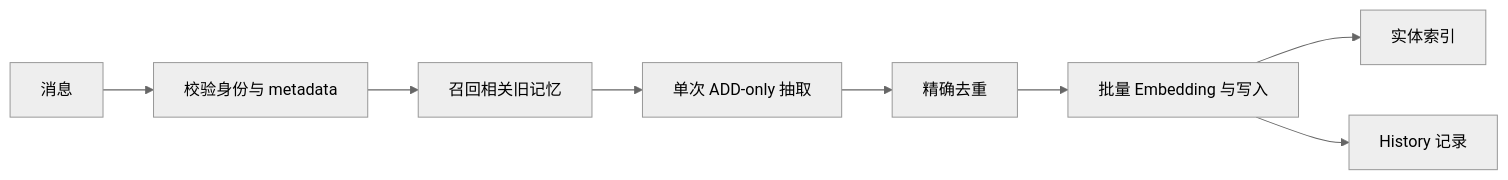
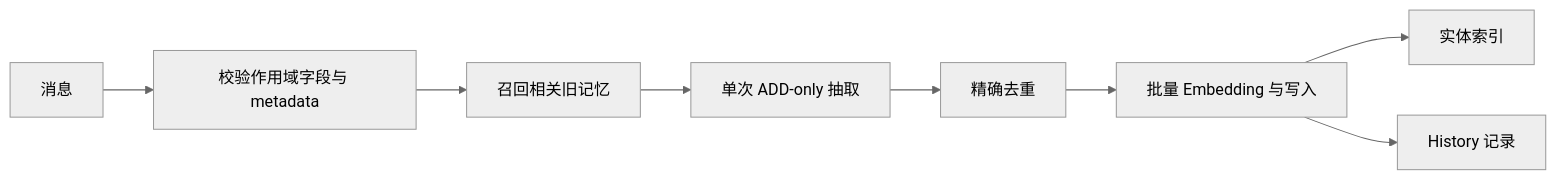
Before and after one commit to MarkingYang/aidea-lab: the second of 3 diagrams in src/content/writing/mem0-series-overview.md, drawn with Mermaid (neutral theme). The commit also changed other lines of this file and 106 other files, not shown here.

Commit message:
content: complete full editorial optimization and harness architecture guide

````diff
--- a/src/content/writing/mem0-series-overview.md
+++ b/src/content/writing/mem0-series-overview.md
@@ -48,10 +48,10 @@
 ```mermaid
 flowchart LR
-  A[消息] --> B[校验身份与 metadata]
+  A[消息] --> B[校验作用域字段与 metadata]
   B --> C[召回相关旧记忆]
   C --> D[单次 ADD-only 抽取]
   D --> E[精确去重]
   E --> F[批量 Embedding 与写入]
   F --> G[实体索引]
   F --> H[History 记录]
 ```
````
